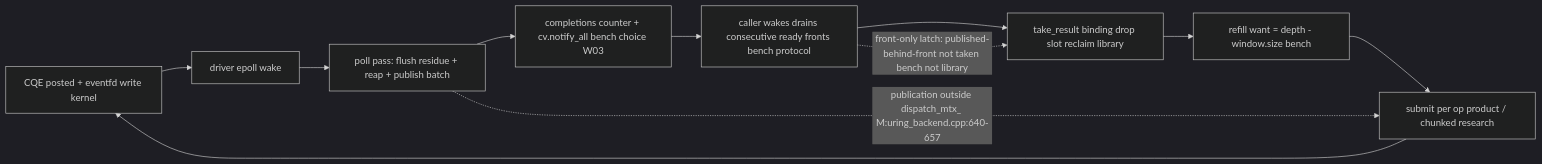
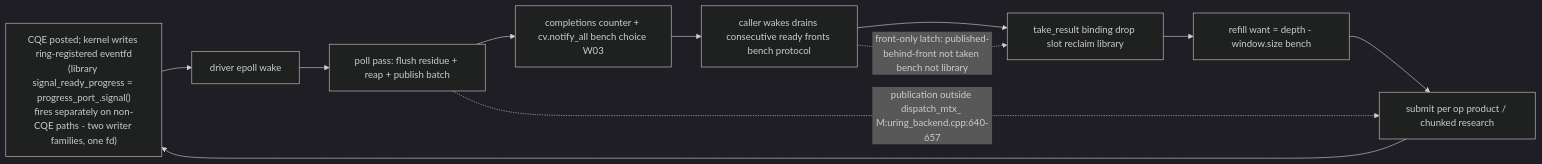
Before and after one commit to jnhu76/Sluice: the sixth of 6 diagrams in docs/research/595-flow-audit/FLOW_AUDIT.md, drawn with Mermaid (dark theme). The commit also changed other lines of this file and 12 other files, not shown here.

First line of the commit message:
research(595): repair flow-audit attribution, CPU caliber, diagrams and offline checks (R1-R6)

````diff
--- a/docs/research/595-flow-audit/FLOW_AUDIT.md
+++ b/docs/research/595-flow-audit/FLOW_AUDIT.md
@@ -206,15 +241,15 @@
 ```mermaid
 flowchart LR
-  CQE["CQE posted + eventfd write kernel"]
+  CQE["CQE posted; kernel writes ring-registered eventfd<br/>(library signal_ready_progress = progress_port_.signal()<br/>fires separately on non-CQE paths - two writer families, one fd)"]
   EPOLL["driver epoll wake"]
   PASS["poll pass: flush residue + reap + publish batch"]
   FACT["completions counter + cv.notify_all bench choice W03"]
   OBS["caller wakes drains consecutive ready fronts bench protocol"]
   TK["take_result binding drop slot reclaim library"]
   REF["refill want = depth - window.size bench"]
   SUB["submit per op product / chunked research"]
   CQE --> EPOLL --> PASS --> FACT --> OBS --> TK --> REF --> SUB --> CQE
 
   OBS -.->|"front-only latch: published-behind-front not taken bench not library"| TK
   PASS -.->|"publication outside dispatch_mtx_ M:uring_backend.cpp:640-657"| SUB
 ```
````
